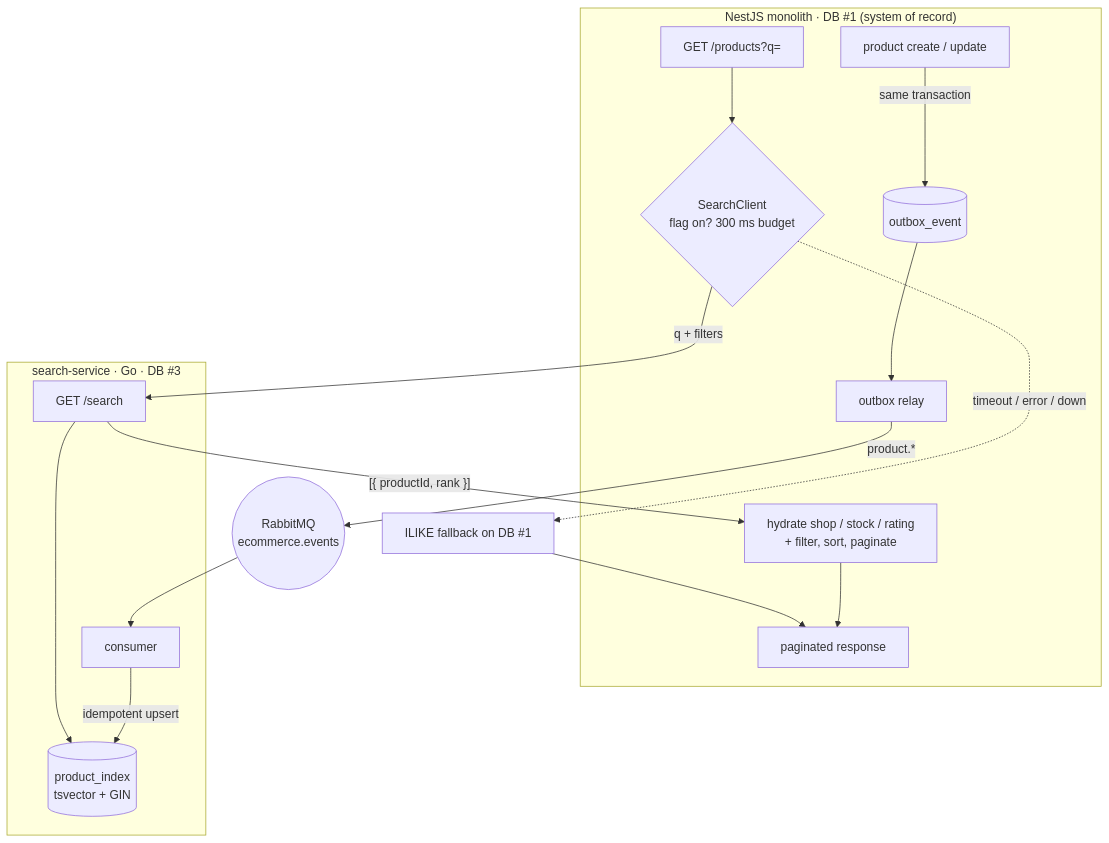
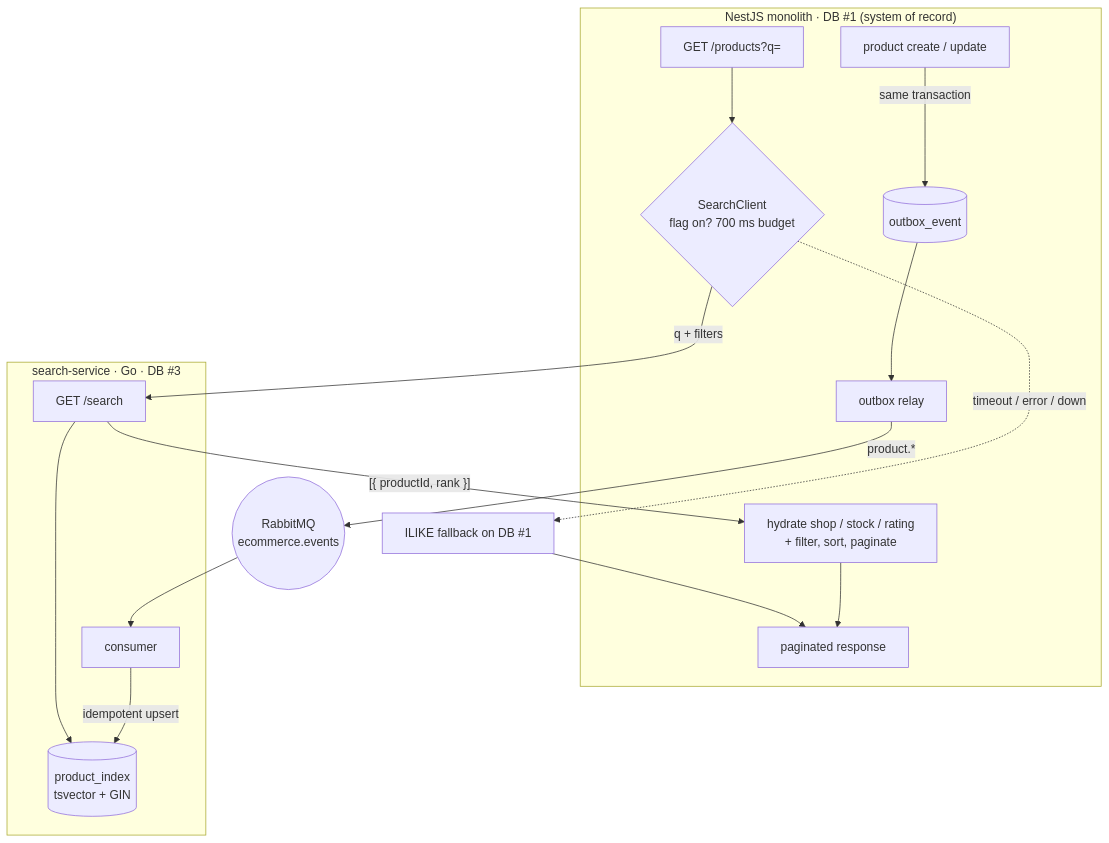
Before and after one commit to chaugiakhang193/fullstack-multi-vendor-ecommerce: the first of 2 diagrams in docs/search-architecture.md, drawn with Mermaid. The commit also changed other lines of this file, not shown here.

First line of the commit message:
473. docs(search): correct claims the code had already outgrown

````diff
--- a/docs/search-architecture.md
+++ b/docs/search-architecture.md
@@ -13,21 +13,21 @@
 ```mermaid
 flowchart TB
   subgraph MONO["NestJS monolith · DB #1 (system of record)"]
     WR["product create / update"] -->|same transaction| OB[("outbox_event")]
     OB --> RELAY["outbox relay"]
-    Q["GET /products?q="] --> SC{"SearchClient<br/>flag on? 300 ms budget"}
+    Q["GET /products?q="] --> SC{"SearchClient<br/>flag on? 700 ms budget"}
     HYD["hydrate shop / stock / rating<br/>+ filter, sort, paginate"] --> RESP["paginated response"]
   end
 
   RELAY -->|"product.*"| EX(("RabbitMQ<br/>ecommerce.events"))
   EX --> CONS["consumer"]
 
   subgraph SRCH["search-service · Go · DB #3"]
     CONS -->|idempotent upsert| IDX[("product_index<br/>tsvector + GIN")]
     API["GET /search"] --> IDX
   end
 
   SC -->|"q + filters"| API
   API -->|"[{ productId, rank }]"| HYD
   SC -.->|timeout / error / down| FB["ILIKE fallback on DB #1"] --> RESP
 ```
````
